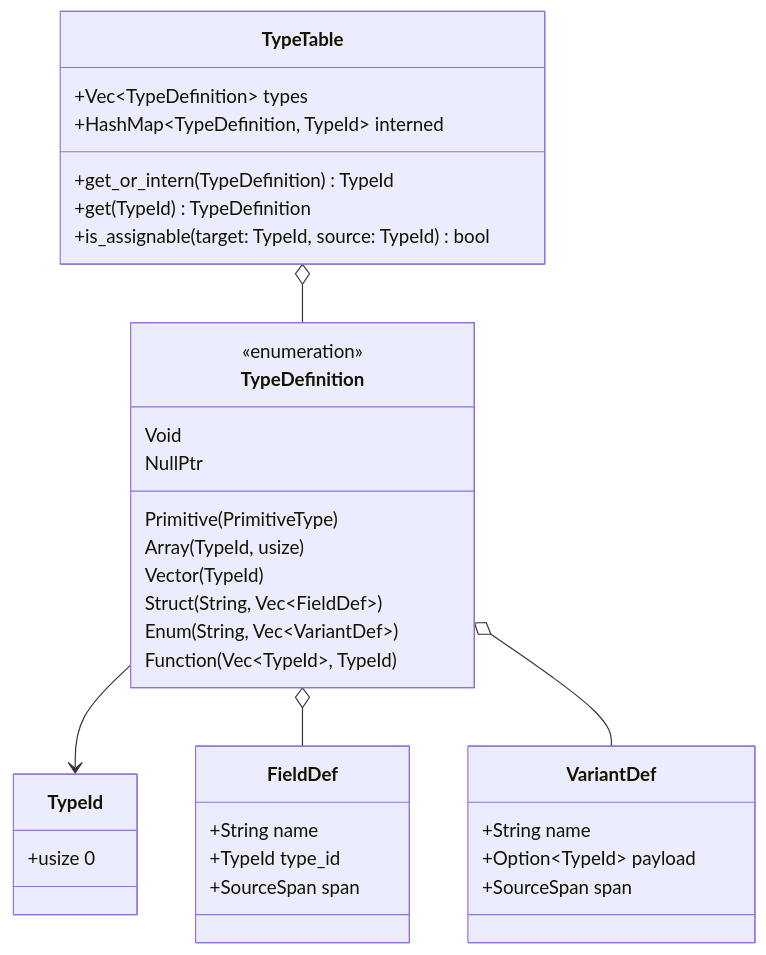
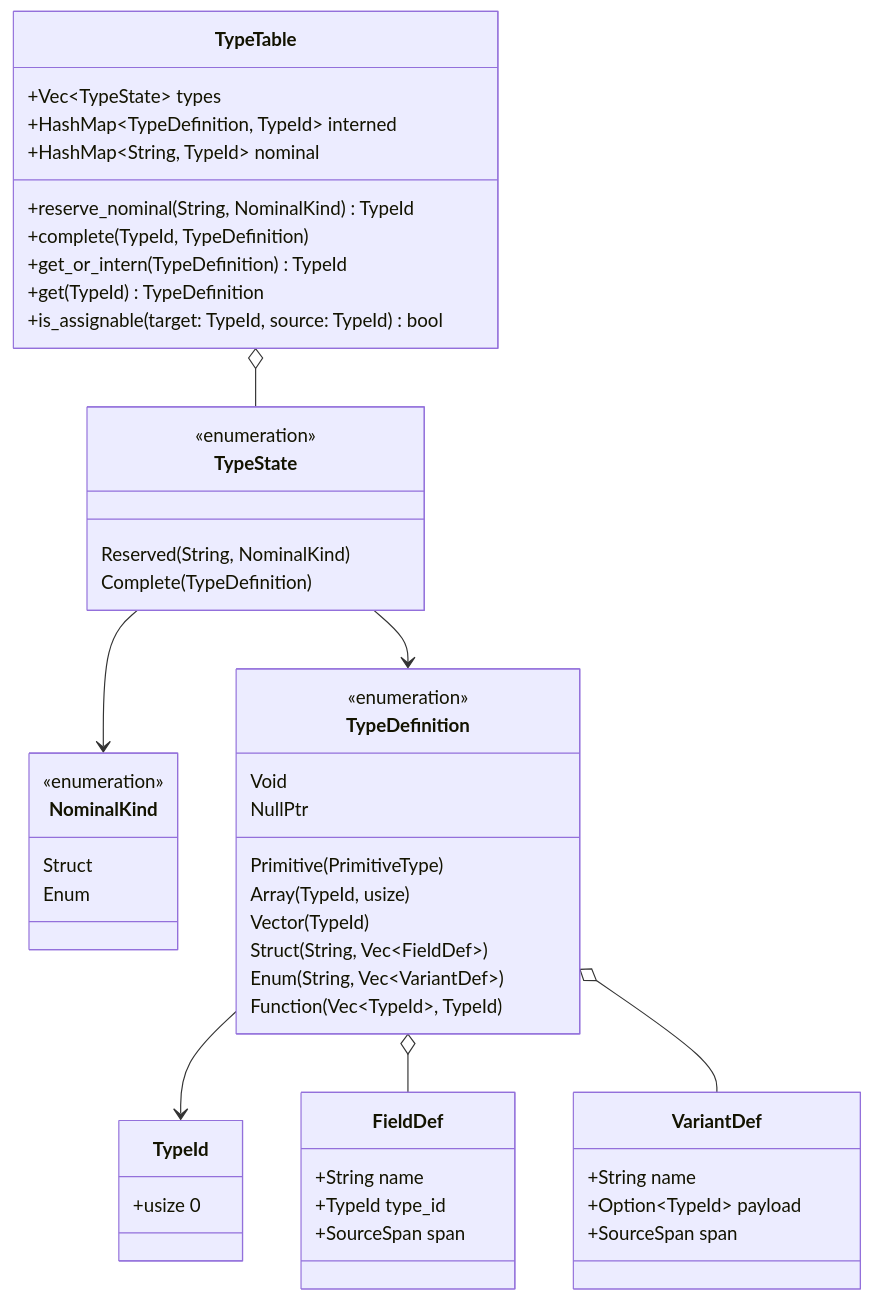
The third of 4 diagrams in specs/001-type-checking/data-model.md (Giuseppe-Bianc/Descar), drawn with Mermaid before and after one commit. The commit also changed other lines of this file, not shown here.

Commit message:
Clarify recursive nominal type pre-registration

````diff
--- a/specs/001-type-checking/data-model.md
+++ b/specs/001-type-checking/data-model.md
@@ -151,43 +151,60 @@
 ```mermaid
 classDiagram
     class TypeTable {
-        +Vec~TypeDefinition~ types
+        +Vec~TypeState~ types
         +HashMap~TypeDefinition, TypeId~ interned
+        +HashMap~String, TypeId~ nominal
+        +reserve_nominal(String, NominalKind) TypeId
+        +complete(TypeId, TypeDefinition)
         +get_or_intern(TypeDefinition) TypeId
         +get(TypeId) TypeDefinition
         +is_assignable(target: TypeId, source: TypeId) bool
+    }
+
+    class TypeState {
+        <<enumeration>>
+        Reserved(String, NominalKind)
+        Complete(TypeDefinition)
+    }
+
+    class NominalKind {
+        <<enumeration>>
+        Struct
+        Enum
     }
 
     class TypeId {
         +usize 0
     }
 
     class TypeDefinition {
         <<enumeration>>
         Primitive(PrimitiveType)
         Array(TypeId, usize)
         Vector(TypeId)
         Struct(String, Vec~FieldDef~)
         Enum(String, Vec~VariantDef~)
         Function(Vec~TypeId~, TypeId)
         Void
         NullPtr
     }
 
     class FieldDef {
         +String name
         +TypeId type_id
         +SourceSpan span
     }
 
     class VariantDef {
         +String name
         +Option~TypeId~ payload
         +SourceSpan span
     }
 
-    TypeTable o-- TypeDefinition
+    TypeTable o-- TypeState
+    TypeState --> TypeDefinition
+    TypeState --> NominalKind
     TypeDefinition --> TypeId
     TypeDefinition o-- FieldDef
     TypeDefinition o-- VariantDef
 ```
````
